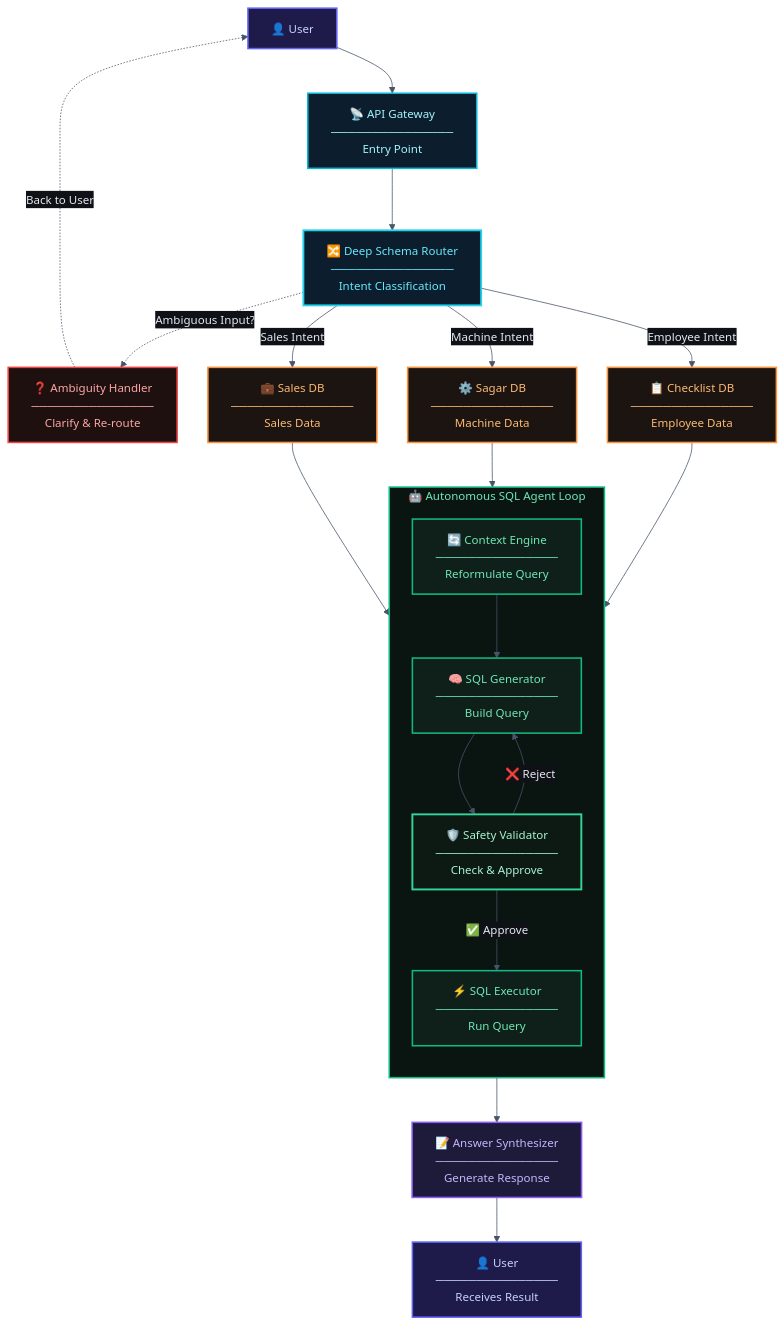
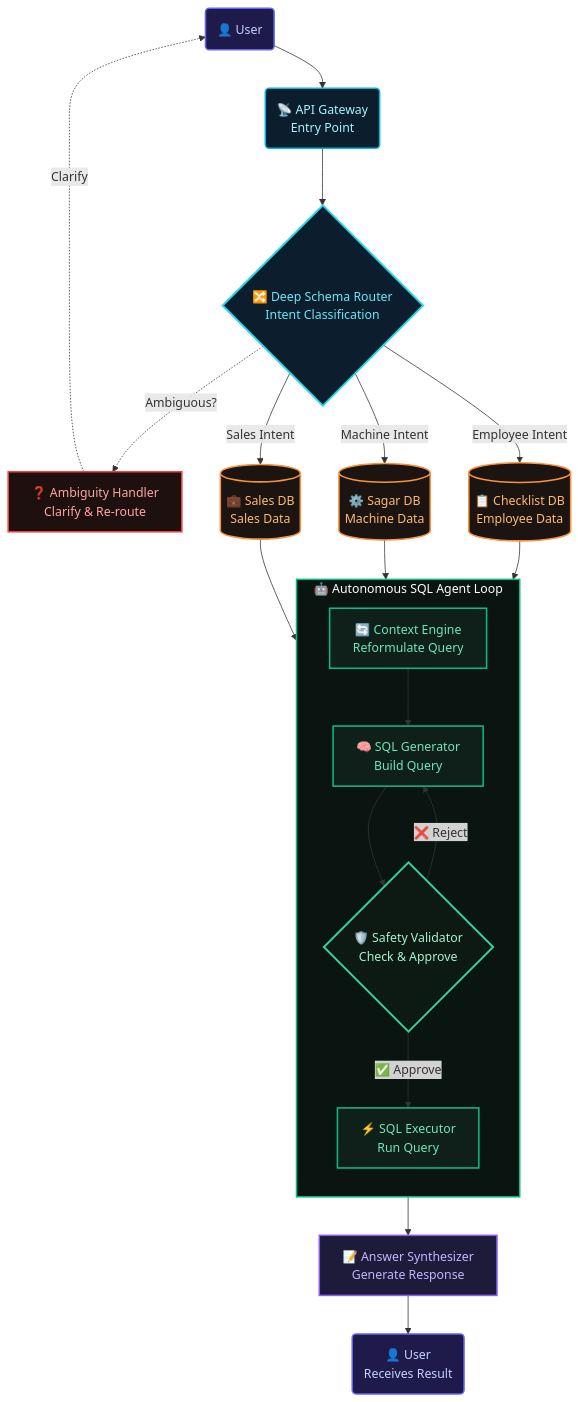
One commit to missagar01/sagar-ai-agent-backend changed the diagram in README.md. Above: the diagram before and after it, drawn with Mermaid.

Commit message:
docs: finalize architecture diagram for github compatibility

````diff
--- a/README.md
+++ b/README.md
@@ -45,73 +45,57 @@
 ```mermaid
----
-config:
-  theme: base
-  themeVariables:
-    background: "#0a0c0f"
-    primaryColor: "#0f1116"
-    primaryTextColor: "#e2e8f0"
-    primaryBorderColor: "#1e2028"
-    lineColor: "#475569"
-    fontFamily: "Rajdhani, sans-serif"
-    fontSize: "15px"
-    edgeLabelBackground: "#0f1116"
-    tertiaryTextColor: "#94a3b8"
-  flowchart:
-    curve: basis
-    rankSpacing: 58
-    nodeSpacing: 40
----
 flowchart TD
-    classDef userNode fill:#1e1b4b,stroke:#6366f1,stroke-width:2px,color:#c7d2fe,border-radius:12px
+    %% -- GitHub Compatible Styling --
+    classDef userNode fill:#1e1b4b,stroke:#6366f1,stroke-width:2px,color:#c7d2fe
     classDef gatewayNode fill:#0c1e2e,stroke:#06b6d4,stroke-width:2px,color:#a5f3fc
     classDef routerNode fill:#0c1e2e,stroke:#22d3ee,stroke-width:2.5px,color:#67e8f9
     classDef dbNode fill:#1c1410,stroke:#fb923c,stroke-width:2px,color:#fdba74
     classDef agentNode fill:#0f1f1a,stroke:#10b981,stroke-width:2px,color:#6ee7b7
     classDef errorNode fill:#1f1010,stroke:#ef4444,stroke-width:2px,color:#fca5a5
     classDef outputNode fill:#1e1b3a,stroke:#8b5cf6,stroke-width:2px,color:#c4b5fd
     classDef coreNode fill:#0d1a14,stroke:#34d399,stroke-width:2.5px,color:#a7f3d0
 
-    U["👤  User"]:::userNode
-    AG["📡  API Gateway\n───────────────\nEntry Point"]:::gatewayNode
-    RT["🔀  Deep Schema Router\n───────────────\nIntent Classification"]:::routerNode
-    AH["❓  Ambiguity Handler\n───────────────\nClarify & Re-route"]:::errorNode
+    U("👤  User"):::userNode
+    AG("📡  API Gateway<br/>Entry Point"):::gatewayNode
+    RT{"🔀  Deep Schema Router<br/>Intent Classification"}:::routerNode
+    AH["❓  Ambiguity Handler<br/>Clarify & Re-route"]:::errorNode
 
-    CE["🔄  Context Engine\n───────────────\nReformulate Query"]:::agentNode
-    SG["🧠  SQL Generator\n───────────────\nBuild Query"]:::agentNode
-    SV["🛡️  Safety Validator\n───────────────\nCheck & Approve"]:::coreNode
-    EX["⚡  SQL Executor\n───────────────\nRun Query"]:::agentNode
+    CE["🔄  Context Engine<br/>Reformulate Query"]:::agentNode
+    SG["🧠  SQL Generator<br/>Build Query"]:::agentNode
+    SV{"🛡️  Safety Validator<br/>Check & Approve"}:::coreNode
+    EX["⚡  SQL Executor<br/>Run Query"]:::agentNode
 
-    DB1["📋  Checklist DB\n───────────────\nEmployee Data"]:::dbNode
-    DB2["⚙️  Sagar DB\n───────────────\nMachine Data"]:::dbNode
-    DB3["💼  Sales DB\n───────────────\nSales Data"]:::dbNode
+    DB1[("📋  Checklist DB<br/>Employee Data")]:::dbNode
+    DB2[("⚙️  Sagar DB<br/>Machine Data")]:::dbNode
+    DB3[("💼  Sales DB<br/>Sales Data")]:::dbNode
 
-    SY["📝  Answer Synthesizer\n───────────────\nGenerate Response"]:::outputNode
-    UR["👤  User\n───────────────\nReceives Result"]:::userNode
+    SY["📝  Answer Synthesizer<br/>Generate Response"]:::outputNode
+    UR("👤  User<br/>Receives Result"):::userNode
 
     U --> AG
     AG --> RT
 
-    RT -. "Ambiguous Input?" .-> AH
-    AH -.->|"Back to User"| U
+    RT -.->|"Ambiguous?"| AH
+    AH -.->|"Clarify"| U
 
     RT -->|"Employee Intent"| DB1
     RT -->|"Machine Intent"| DB2
     RT -->|"Sales Intent"| DB3
 
     subgraph CORE ["🤖  Autonomous SQL Agent Loop"]
         direction TB
         CE --> SG
         SG --> SV
-        SV -->|"❌  Reject"| SG
-        SV -->|"✅  Approve"| EX
+        SV -->|"❌ Reject"| SG
+        SV -->|"✅ Approve"| EX
     end
-
-    style CORE fill:#0a1512,stroke:#10b981,stroke-width:2px,color:#6ee7b7,border-radius:16px
+    
+    %% Style the subgraph (GitHub ignores this usually, but safe to keep)
+    style CORE fill:#0a1512,stroke:#10b981,stroke-width:2px,color:#fff
 
     DB1 --> CE
     DB2 --> CE
     DB3 --> CE
 
     EX --> SY
     SY --> UR
 ```
````
